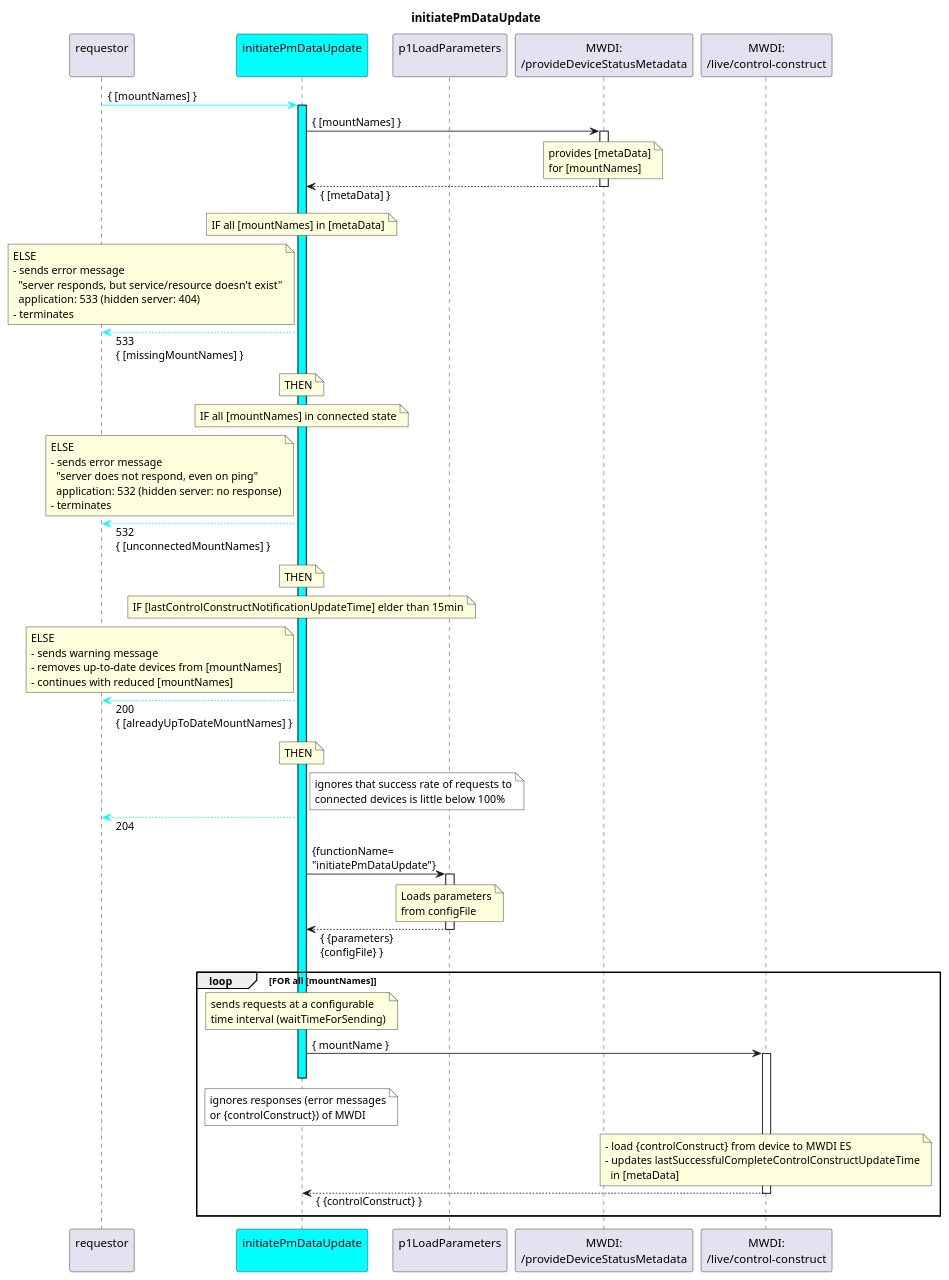
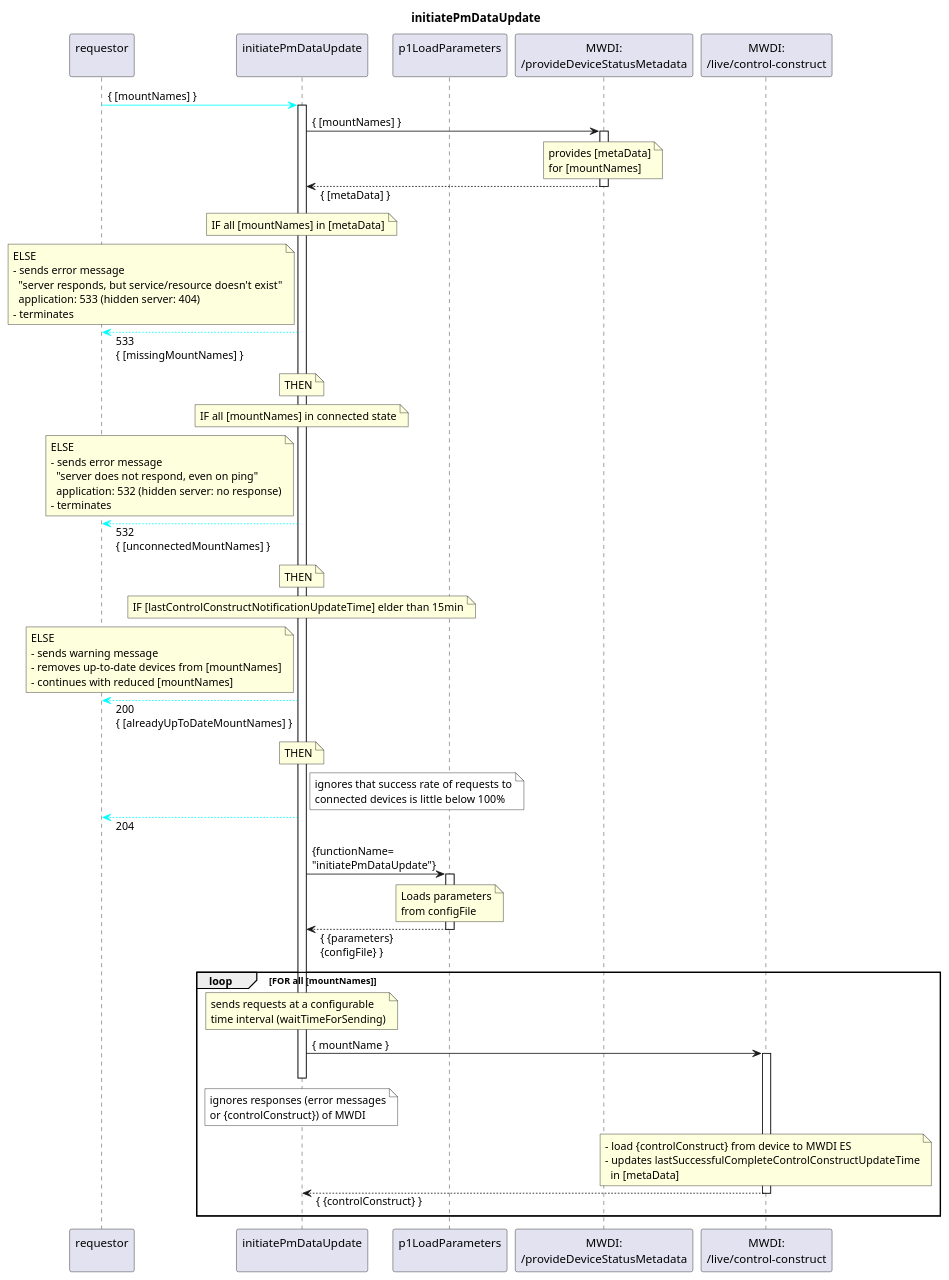
One commit to openBackhaul/DevicePerformanceManagementDataProcessor changed the diagram in spec/Services/initiatePmDataUpdate/1.0.0/initiatePmDataUpdate.plantuml. Above: the diagram before and after it, drawn with PlantUML. The commit also changed 25 other files, not shown here.

```diff
--- a/spec/Services/initiatePmDataUpdate/1.0.0/initiatePmDataUpdate.plantuml
+++ b/spec/Services/initiatePmDataUpdate/1.0.0/initiatePmDataUpdate.plantuml
@@ -1,112 +1,112 @@
 @startuml initiatePmDataUpdate
 skinparam responseMessageBelowArrow true
 
 title
   initiatePmDataUpdate
 end title
 
 participant "requestor\n" as tool
-participant "initiatePmDataUpdate\n" as initUpdate #Cyan
+participant "initiatePmDataUpdate\n" as initUpdate
 participant "p1LoadParameters\n" as p1LoadParams
 participant "MWDI:\n/provideDeviceStatusMetadata" as mwdiMeta
 participant "MWDI:\n/live/control-construct" as mwdiLive
 
 tool -[#Cyan]> initUpdate : { [mountNames] }
-activate initUpdate #Cyan
+activate initUpdate
 
   initUpdate -> mwdiMeta : { [mountNames] }
   activate mwdiMeta
     note over mwdiMeta
       provides [metaData]
       for [mountNames]
     end note
   initUpdate <-- mwdiMeta : { [metaData] }
   deactivate mwdiMeta
 
   note over initUpdate
     IF all [mountNames] in [metaData]
   end note
   note left initUpdate
     ELSE
     - sends error message
       "server responds, but service/resource doesn't exist"
       application: 533 (hidden server: 404)
     - terminates
   end note
   tool <-[#Cyan]- initUpdate : 533\n{ [missingMountNames] }
   note over initUpdate
     THEN
   end note
 
   note over initUpdate
     IF all [mountNames] in connected state
   end note
   note left initUpdate
     ELSE
     - sends error message
       "server does not respond, even on ping"
       application: 532 (hidden server: no response)
     - terminates
   end note
   tool <-[#Cyan]- initUpdate : 532\n{ [unconnectedMountNames] }
   note over initUpdate
     THEN
   end note
 
   note over initUpdate
     IF [lastControlConstructNotificationUpdateTime] elder than 15min
   end note
   note left initUpdate
     ELSE
     - sends warning message
     - removes up-to-date devices from [mountNames]
     - continues with reduced [mountNames]
   end note
   tool <-[#Cyan]- initUpdate : 200\n{ [alreadyUpToDateMountNames] }
   note over initUpdate
     THEN
   end note
 
   note right initUpdate #White
     ignores that success rate of requests to
     connected devices is little below 100%  
   end note
   tool <-[#Cyan]- initUpdate : 204
 
   initUpdate -> p1LoadParams : {functionName=\n"initiatePmDataUpdate"}
   activate p1LoadParams
     note over p1LoadParams
       Loads parameters
       from configFile
     end note
   initUpdate <-- p1LoadParams : { {parameters}\n{configFile} }
   deactivate p1LoadParams
 
   loop FOR all [mountNames]
 
     note over initUpdate
       sends requests at a configurable
       time interval (waitTimeForSending)
     end note
 
     initUpdate -> mwdiLive : { mountName }
     activate mwdiLive
 
 deactivate initUpdate
 note over initUpdate #White
   ignores responses (error messages
   or {controlConstruct}) of MWDI
 end note
 
       note over mwdiLive
         - load {controlConstruct} from device to MWDI ES
         - updates lastSuccessfulCompleteControlConstructUpdateTime
           in [metaData]
       end note
 
     initUpdate <-- mwdiLive : { {controlConstruct} }
     deactivate mwdiLive
 
   end loop
 
 @enduml
```
